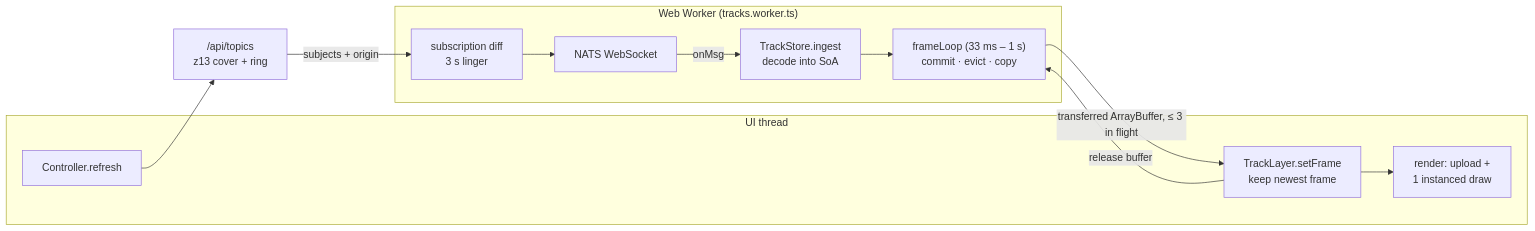
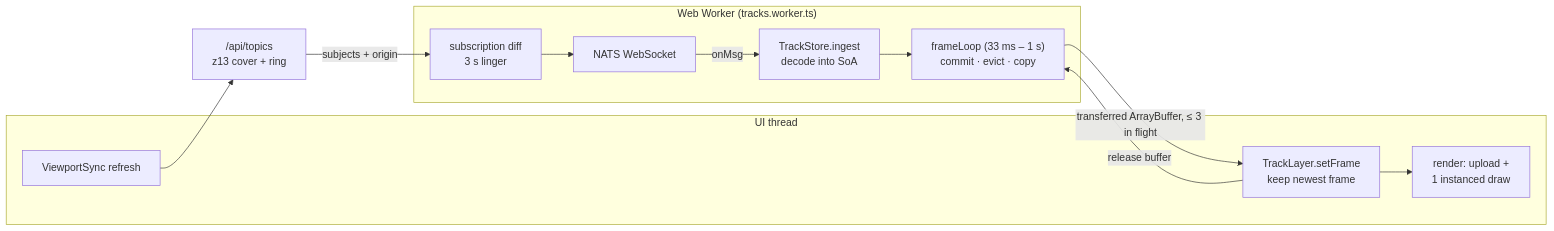
One commit to hunglq-vht/hpd changed the second of 2 diagrams in docs/IMPLEMENTATION.md. Above: the diagram before and after it, drawn with Mermaid. The commit also changed other lines of this file and 15 other files, not shown here.

````diff
--- a/docs/IMPLEMENTATION.md
+++ b/docs/IMPLEMENTATION.md
@@ -158,17 +173,17 @@
 ```mermaid
 flowchart LR
   subgraph ui["UI thread"]
-    ctrl["Controller.refresh"]
+    ctrl["ViewportSync refresh"]
     layer["TrackLayer.setFrame<br/>keep newest frame"] --> gpu["render: upload +<br/>1 instanced draw"]
   end
   topics["/api/topics<br/>z13 cover + ring"]
   subgraph worker["Web Worker (tracks.worker.ts)"]
     subs["subscription diff<br/>3 s linger"] --> nats["NATS WebSocket"]
     nats -- "onMsg" --> ingest["TrackStore.ingest<br/>decode into SoA"]
     ingest --> loop["frameLoop (33 ms – 1 s)<br/>commit · evict · copy"]
   end
   ctrl --> topics
   topics -- "subjects + origin" --> subs
   loop -- "transferred ArrayBuffer, ≤ 3 in flight" --> layer
   layer -- "release buffer" --> loop
 ```
````
